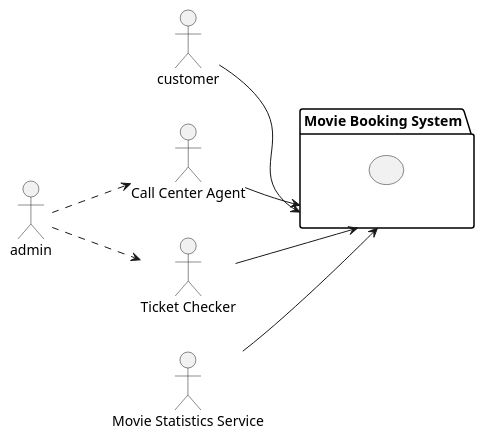
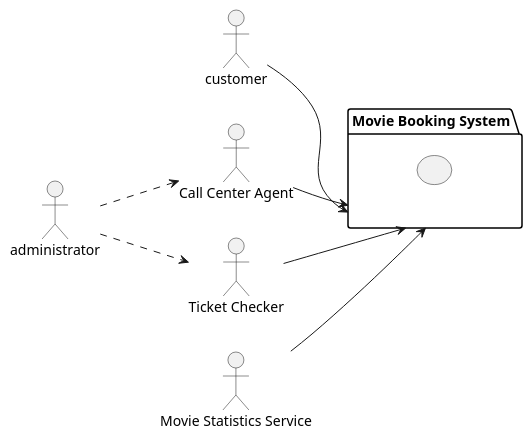
One commit to mannercode/mannercode.github.io changed diagram 12 of 12 in _posts/2025-04-01-backend-design-1.md. Above: the diagram before and after it, drawn with PlantUML. The commit also changed other lines of this file and 9 other files, not shown here.

```diff
--- a/_posts/2025-04-01-backend-design-1.md
+++ b/_posts/2025-04-01-backend-design-1.md
@@ -431,20 +432,21 @@
 {% plantuml %}
 @startuml
 left to right direction
 actor customer
 actor "Call Center Agent" as admin1
 actor "Ticket Checker" as admin2
 actor "Movie Statistics Service" as service
+actor administrator as admin
 
 package "Movie Booking System" as mbs {
 usecase " "
 }
 
 customer --> mbs
 admin1 --> mbs
 admin2 --> mbs
 service --> mbs
 admin ..> admin1
 admin ..> admin2
 @enduml
 {% endplantuml %}
```
